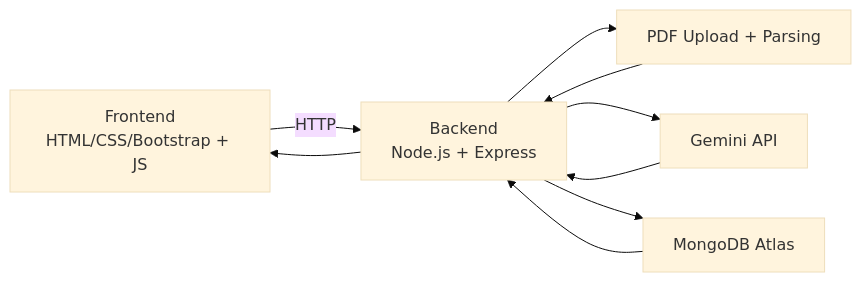
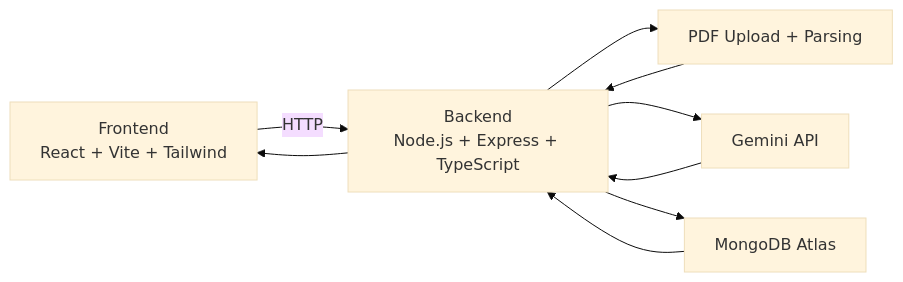
Before and after one commit to qasimullah523/StudyMateAI: the diagram in docs/ARCHITECTURE.md, drawn with Mermaid (base theme). The commit also changed other lines of this file and 125 other files, not shown here.

````diff
--- a/docs/ARCHITECTURE.md
+++ b/docs/ARCHITECTURE.md
@@ -3,19 +3,19 @@
 ```mermaid
 flowchart LR
   A[Frontend
-HTML/CSS/Bootstrap + JS]
+React + Vite + Tailwind]
   B[Backend
-Node.js + Express]
+Node.js + Express + TypeScript]
   C[Gemini API]
   D[MongoDB Atlas]
   E[PDF Upload + Parsing]
 
   A -->|HTTP| B
   B --> E
   E --> B
   B --> C
   C --> B
   B --> D
   D --> B
   B --> A
 ```
````
